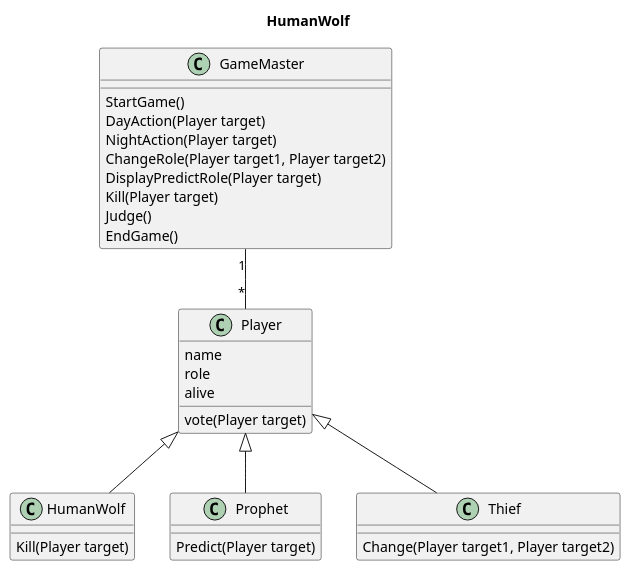
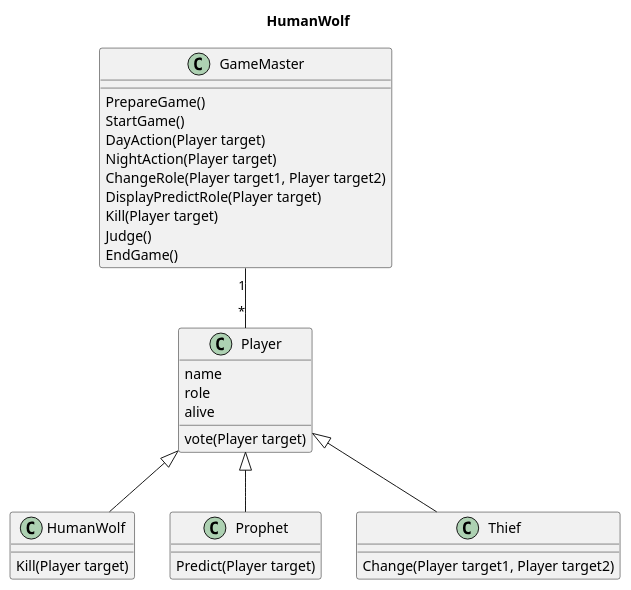
Before and after one commit to wurly200a/humanWolf: the diagram in doc/humanWolfClassDiagram.pu, drawn with PlantUML. The commit also changed 6 other files, not shown here.

```diff
--- a/doc/humanWolfClassDiagram.pu
+++ b/doc/humanWolfClassDiagram.pu
@@ -1,53 +1,54 @@
 @startuml
 
 title HumanWolf
 
 class GameMaster {
+    PrepareGame()
     StartGame()
     DayAction(Player target)
     NightAction(Player target)
     ChangeRole(Player target1, Player target2)
     DisplayPredictRole(Player target)
     Kill(Player target)
     Judge()
     EndGame()
 }
 
 'class RolePaper {
 'role
 '}
 
 class Player {
     name
     role
     alive
     vote(Player target)
 }
 
 class HumanWolf{
     Kill(Player target)
 }
 
 
 class Prophet{
     Predict(Player target)
 }
 
 Class Thief
 {
     Change(Player target1, Player target2)
 }
 
 
 GameMaster "1" -- "*" Player
 'GameMaster "1" --- "*" HumanWolf
 'GameMaster "1" --- "*" Prophet
 'GameMaster "1" --- "*" Thief
 Player <|-- HumanWolf
 Player <|-- Prophet
 Player <|-- Thief
 
 'GameMaster -- RolePaper
 'Player -- RolePaper
 
 @enduml
```
